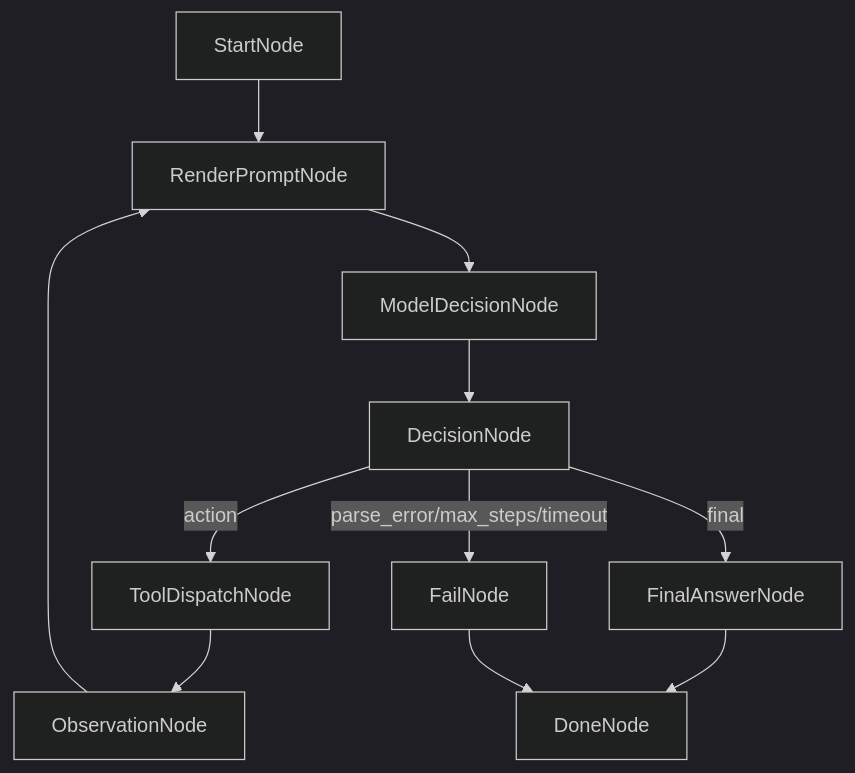
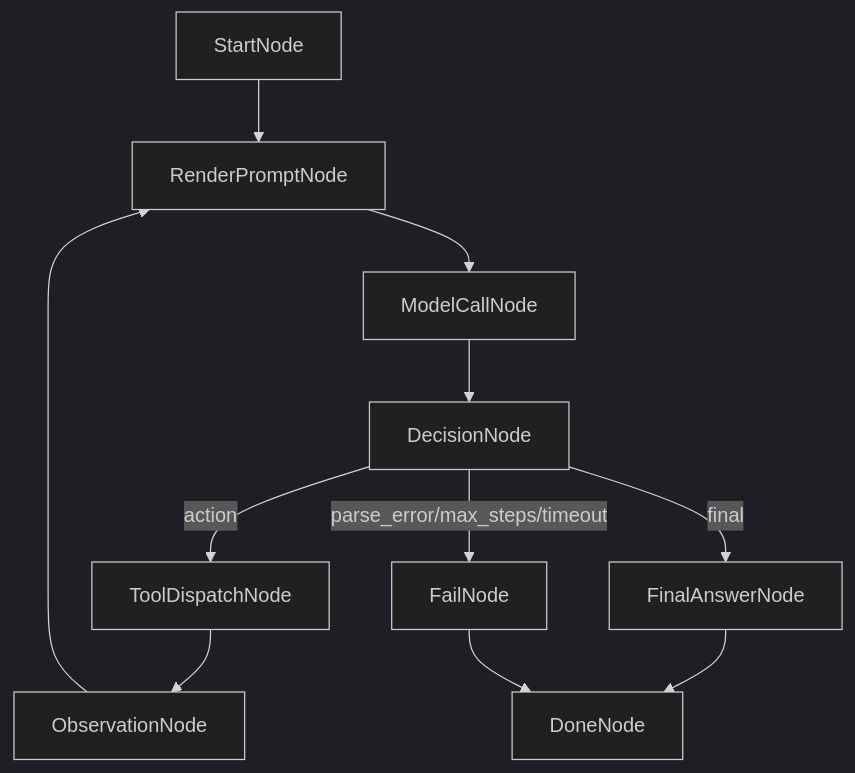
Before and after one commit to lunalhx/Loom_Agent: the diagram in docs/design/agent-loop.md, drawn with Mermaid (dark theme). The commit also changed other lines of this file and 8 other files, not shown here.

````diff
--- a/docs/design/agent-loop.md
+++ b/docs/design/agent-loop.md
@@ -9,13 +9,13 @@
 ```mermaid
 flowchart TD
     A["StartNode"] --> B["RenderPromptNode"]
-    B --> C["ModelDecisionNode"]
+    B --> C["ModelCallNode"]
     C --> D["DecisionNode"]
     D -->|action| E["ToolDispatchNode"]
     E --> F["ObservationNode"]
     F --> B
     D -->|final| G["FinalAnswerNode"]
     D -->|parse_error/max_steps/timeout| H["FailNode"]
     G --> I["DoneNode"]
     H --> I
 ```
````
